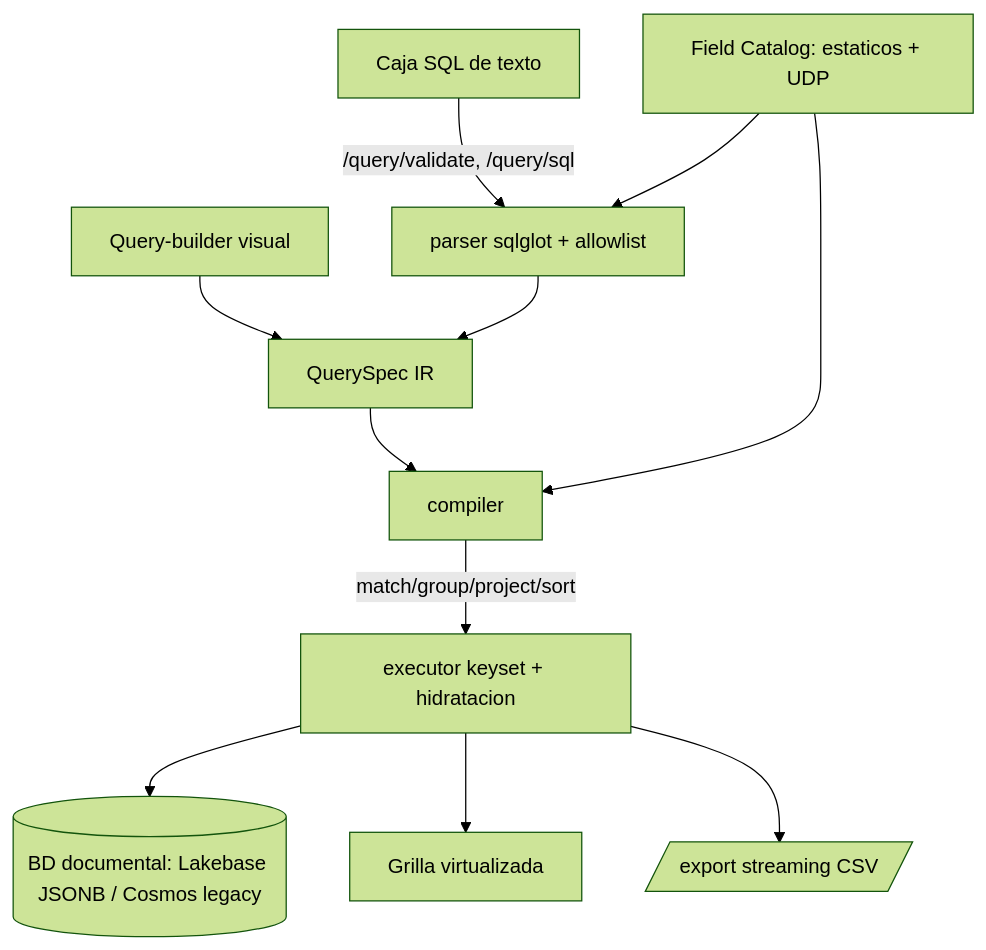
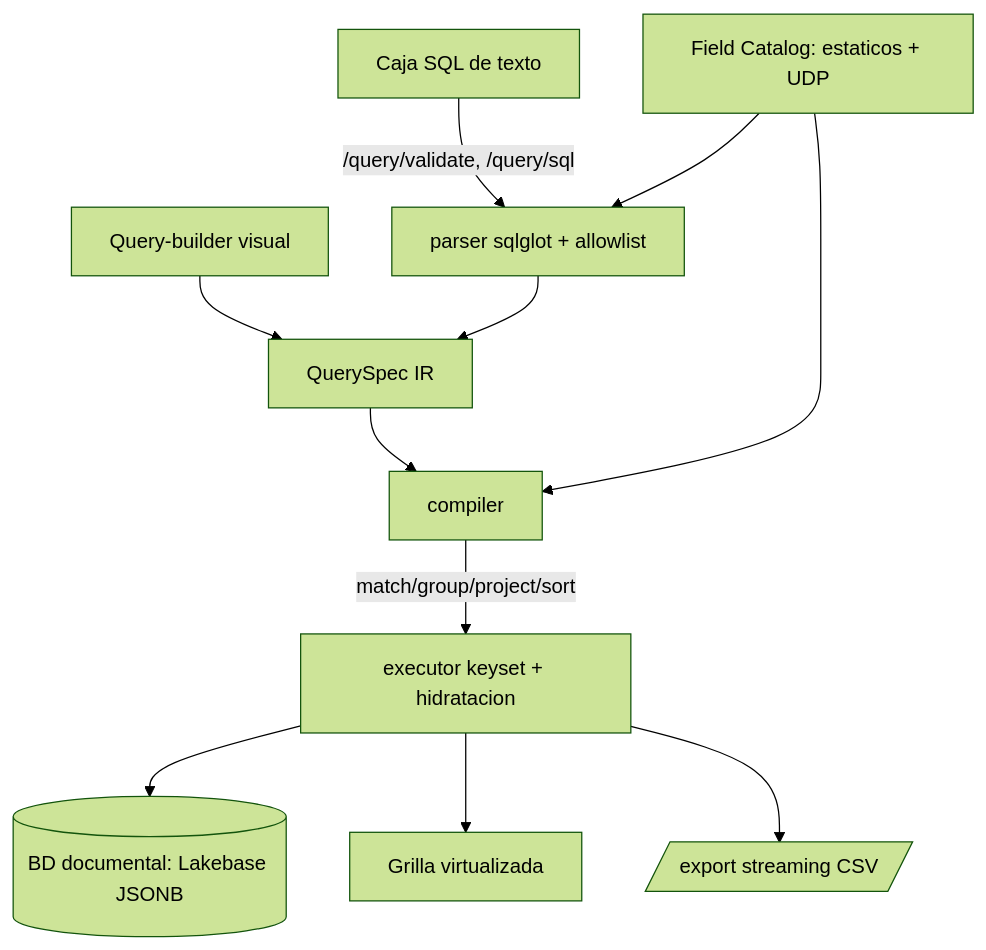
The ninth of 9 diagrams in doc/api-contract.md (Carlosmps97/backend-data-model-hub), drawn with Mermaid (forest theme) before and after one commit. The commit also changed other lines of this file and 20 other files, not shown here.

````diff
--- a/doc/api-contract.md
+++ b/doc/api-contract.md
@@ -3191,13 +3189,13 @@
 ```mermaid
 flowchart TD
   QB[Query-builder visual] --> SPEC[QuerySpec IR]
   SQL[Caja SQL de texto] -->|/query/validate, /query/sql| PARSER[parser sqlglot + allowlist]
   PARSER --> SPEC
   CAT[Field Catalog: estaticos + UDP] --> PARSER
   CAT --> COMP[compiler]
   SPEC --> COMP
   COMP -->|match/group/project/sort| EXE[executor keyset + hidratacion]
-  EXE --> MONGO[(BD documental: Lakebase JSONB / Cosmos legacy)]
+  EXE --> MONGO[(BD documental: Lakebase JSONB)]
   EXE --> GRID[Grilla virtualizada]
   EXE --> CSV[/export streaming CSV/]
 ```
````
